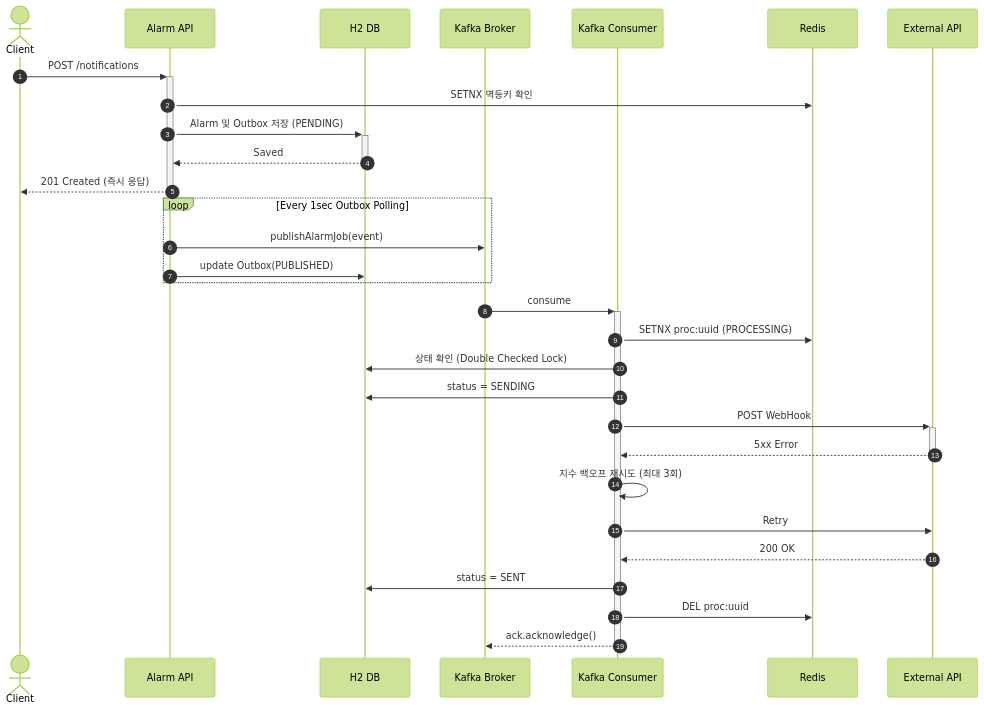
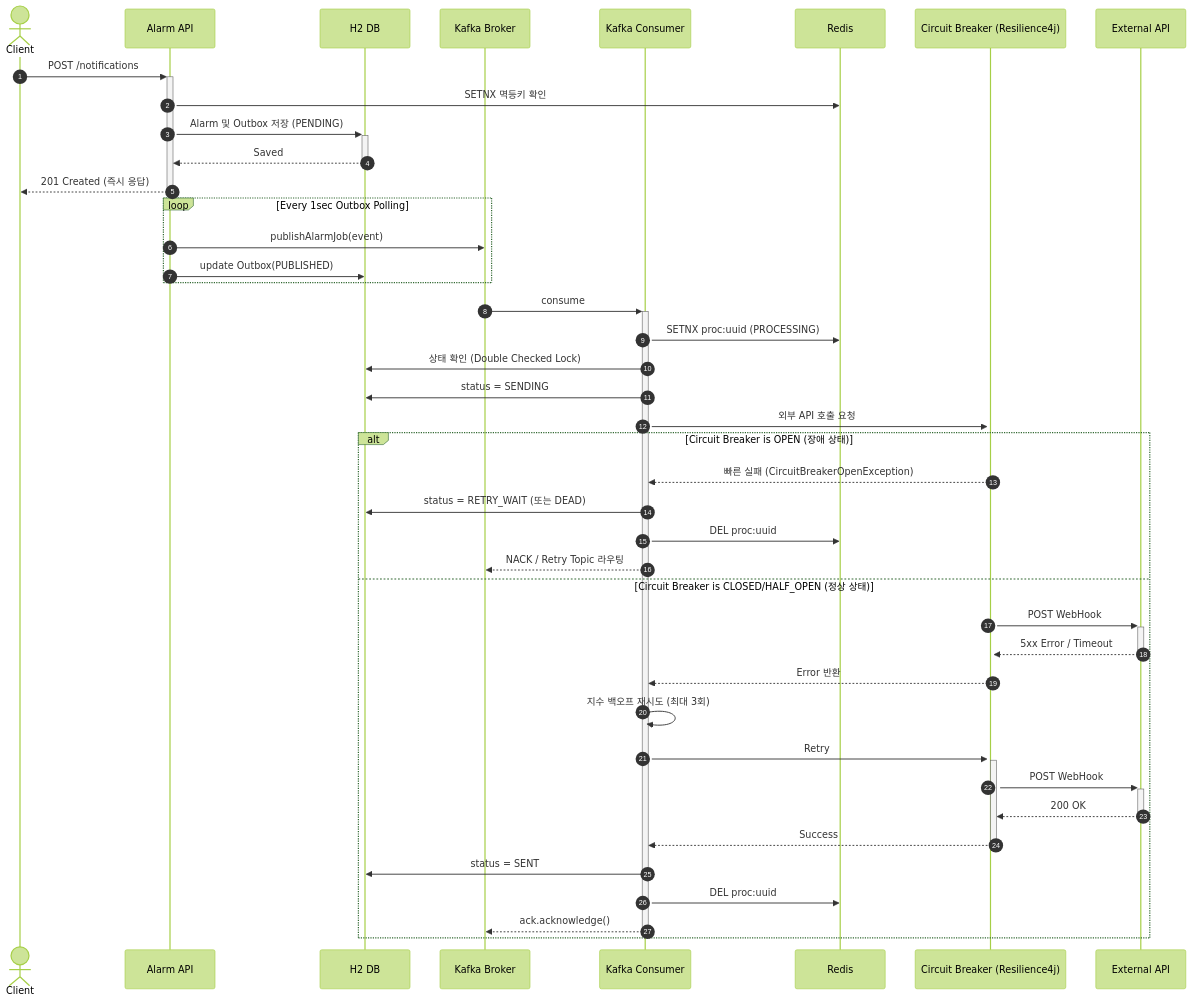
Before and after one commit to wonjae124/messege_api: the second of 2 diagrams in README.md, drawn with Mermaid (forest theme). The commit also changed other lines of this file and 1 other file, not shown here.

````diff
--- a/README.md
+++ b/README.md
@@ -461,37 +483,50 @@
 ```mermaid
 sequenceDiagram
     autonumber
     actor Client
     participant API as Alarm API
     participant DB as H2 DB
     participant Kafka as Kafka Broker
     participant Worker as Kafka Consumer
     participant Redis as Redis
+    participant CB as Circuit Breaker (Resilience4j)
     participant Ext as External API
 
     Client->>+API: POST /notifications
     API->>Redis: SETNX 멱등키 확인
     API->>+DB: Alarm 및 Outbox 저장 (PENDING)
     DB-->>-API: Saved
     API-->>-Client: 201 Created (즉시 응답)
 
     loop Every 1sec Outbox Polling
         API->>Kafka: publishAlarmJob(event)
         API->>DB: update Outbox(PUBLISHED)
     end
 
     Kafka->>+Worker: consume
     Worker->>Redis: SETNX proc:uuid (PROCESSING)
     Worker->>DB: 상태 확인 (Double Checked Lock)
     Worker->>DB: status = SENDING
     
-    Worker->>+Ext: POST WebHook
-    Ext-->>-Worker: 5xx Error
-    Worker->>Worker: 지수 백오프 재시도 (최대 3회)
-    Worker->>Ext: Retry
-    Ext-->>Worker: 200 OK
+    Worker->>+CB: 외부 API 호출 요청
+    
+    alt Circuit Breaker is OPEN (장애 상태)
+        CB-->>Worker: 빠른 실패 (CircuitBreakerOpenException)
+        Worker->>DB: status = RETRY_WAIT (또는 DEAD)
+        Worker->>Redis: DEL proc:uuid
+        Worker-->>Kafka: NACK / Retry Topic 라우팅
+    else Circuit Breaker is CLOSED/HALF_OPEN (정상 상태)
+        CB->>+Ext: POST WebHook
+        Ext-->>-CB: 5xx Error / Timeout
+        CB-->>Worker: Error 반환
+        Worker->>Worker: 지수 백오프 재시도 (최대 3회)
+        Worker->>+CB: Retry
+        CB->>+Ext: POST WebHook
+        Ext-->>-CB: 200 OK
+        CB-->>-Worker: Success
 
-    Worker->>DB: status = SENT
-    Worker->>Redis: DEL proc:uuid
-    Worker-->>-Kafka: ack.acknowledge()
+        Worker->>DB: status = SENT
+        Worker->>Redis: DEL proc:uuid
+        Worker-->>-Kafka: ack.acknowledge()
+    end
 ```
````
